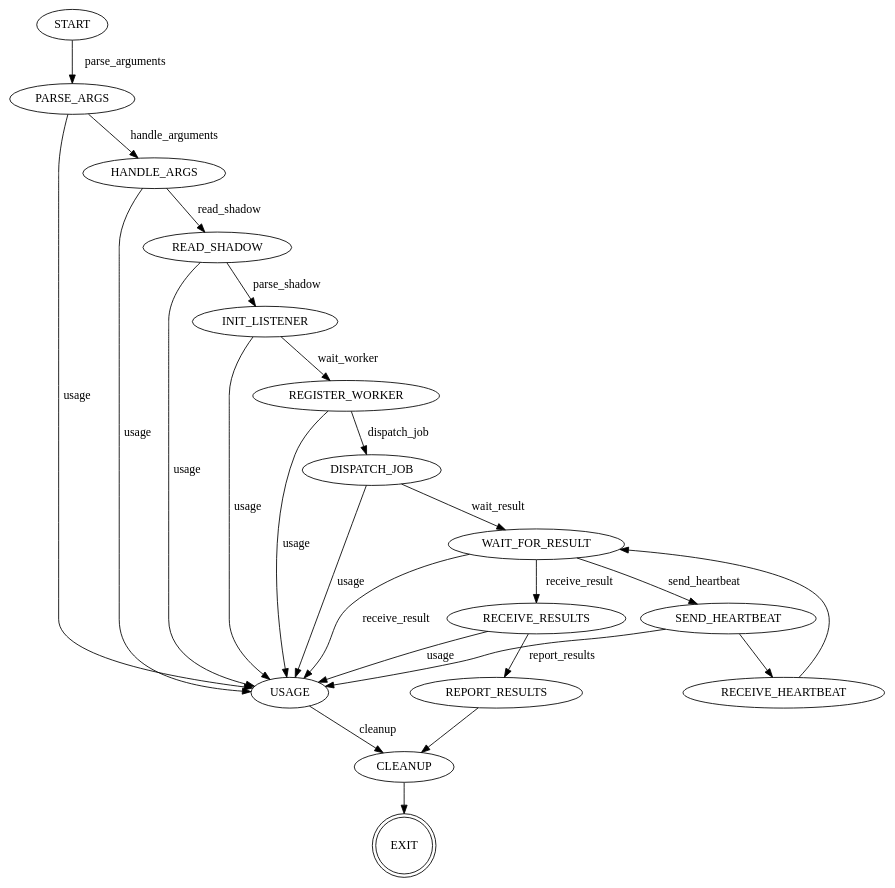
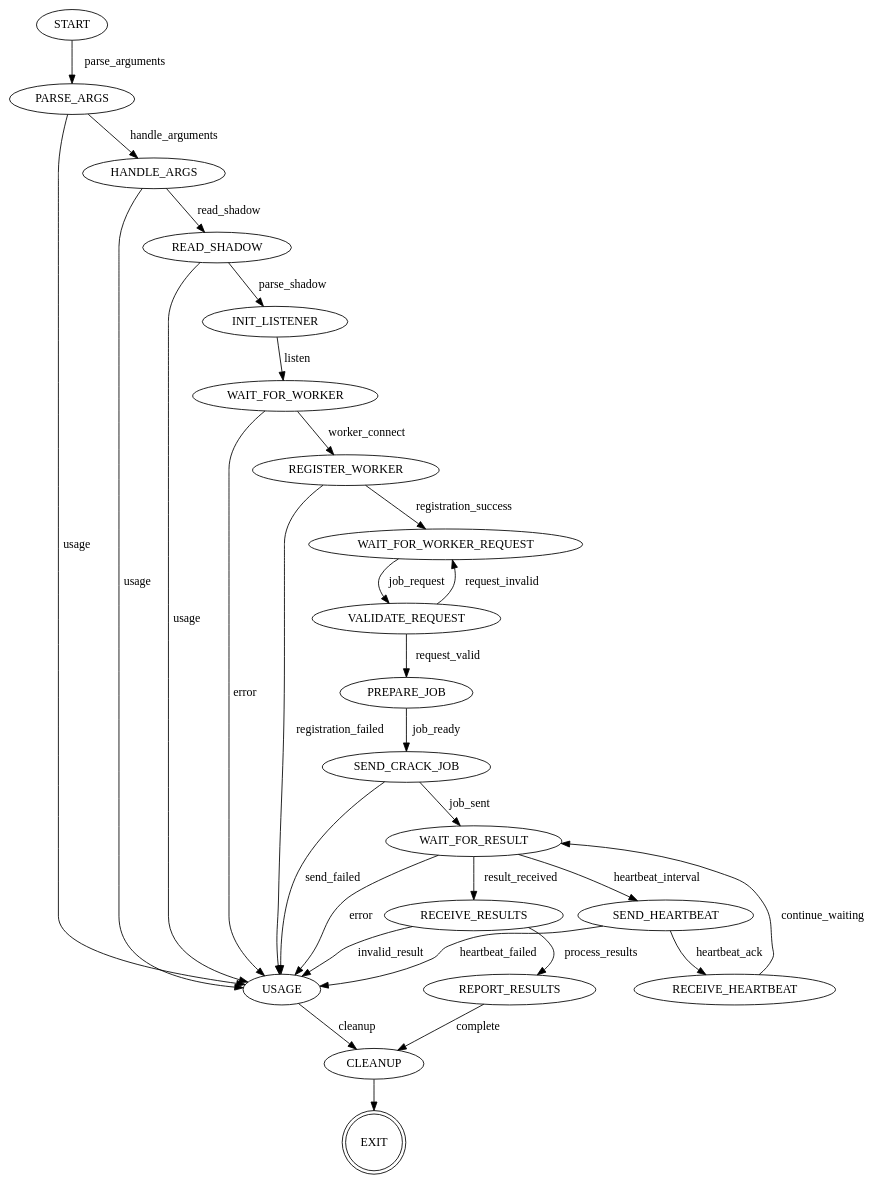
The diagram in source/controller.gv (Wontoni/COMP8005-Password-Cracking), drawn with Graphviz before and after one commit. The commit also changed 8 other files, not shown here.

```diff
--- a/source/controller.gv
+++ b/source/controller.gv
@@ -1,58 +1,76 @@
 digraph ControllerFSM {
-    rankdir=UD;
-    node [shape=ellipse];
-
+    rankdir = UD;
+    node [shape = ellipse;];
+    
     START;
     PARSE_ARGS;
     HANDLE_ARGS;
     USAGE;
     READ_SHADOW;
     INIT_LISTENER;
+    
+    WAIT_FOR_WORKER;
     REGISTER_WORKER;
-    DISPATCH_JOB;
+    WAIT_FOR_WORKER_REQUEST;
+    VALIDATE_REQUEST;
+    
+    PREPARE_JOB;
+    SEND_CRACK_JOB;
+    
     WAIT_FOR_RESULT;
     RECEIVE_RESULTS;
     REPORT_RESULTS;
-    CLEANUP;
+    
     SEND_HEARTBEAT;
     RECEIVE_HEARTBEAT;
-    EXIT [shape=doublecircle];
-
-    START -> PARSE_ARGS [label="parse_arguments"];
-
-    PARSE_ARGS -> HANDLE_ARGS [label="handle_arguments"];
-    PARSE_ARGS -> USAGE [label="usage"];
-
-    HANDLE_ARGS -> READ_SHADOW [label="read_shadow"];
-    HANDLE_ARGS -> USAGE [label="usage"];
-
-    READ_SHADOW -> INIT_LISTENER [label="parse_shadow"];
-    READ_SHADOW -> USAGE [label="usage"];
-
-    INIT_LISTENER -> REGISTER_WORKER [label="wait_worker"];
-    INIT_LISTENER -> USAGE [label="usage"];
-
-    REGISTER_WORKER -> DISPATCH_JOB [label="dispatch_job"];
-    REGISTER_WORKER -> USAGE [label="usage"];
-
-    DISPATCH_JOB -> WAIT_FOR_RESULT [label="wait_result"];
-    DISPATCH_JOB -> USAGE [label="usage"];
-
-    WAIT_FOR_RESULT -> RECEIVE_RESULTS [label="receive_result"];
-    WAIT_FOR_RESULT -> USAGE [label="receive_result"];
-    WAIT_FOR_RESULT -> SEND_HEARTBEAT [label="send_heartbeat"]
-
-    SEND_HEARTBEAT -> RECEIVE_HEARTBEAT [lable="receive_heartbeat"]
-    SEND_HEARTBEAT -> USAGE [lable="usage"]
-
-    RECEIVE_HEARTBEAT -> WAIT_FOR_RESULT [lable="wait_result"]
-
-    RECEIVE_RESULTS -> REPORT_RESULTS [label="report_results"];
-    RECEIVE_RESULTS -> USAGE [label="usage"];
-
-    REPORT_RESULTS -> CLEANUP [lable="cleanup"]
-
-    USAGE -> CLEANUP [label="cleanup"];
-
+    
+    CLEANUP;
+    EXIT [shape = doublecircle;];
+    
+    START -> PARSE_ARGS [label = "parse_arguments";];
+    
+    PARSE_ARGS -> HANDLE_ARGS [label = "handle_arguments";];
+    PARSE_ARGS -> USAGE [label = "usage";];
+    
+    HANDLE_ARGS -> READ_SHADOW [label = "read_shadow";];
+    HANDLE_ARGS -> USAGE [label = "usage";];
+    
+    READ_SHADOW -> INIT_LISTENER [label = "parse_shadow";];
+    READ_SHADOW -> USAGE [label = "usage";];
+    
+    INIT_LISTENER -> WAIT_FOR_WORKER [label = "listen";];
+    
+    WAIT_FOR_WORKER -> REGISTER_WORKER [label = "worker_connect";];
+    WAIT_FOR_WORKER -> USAGE [label = "error";];
+    
+    REGISTER_WORKER -> WAIT_FOR_WORKER_REQUEST [label = "registration_success";];
+    REGISTER_WORKER -> USAGE [label = "registration_failed";];
+    
+    WAIT_FOR_WORKER_REQUEST -> VALIDATE_REQUEST [label = "job_request";];
+    
+    VALIDATE_REQUEST -> PREPARE_JOB [label = "request_valid";];
+    VALIDATE_REQUEST -> WAIT_FOR_WORKER_REQUEST [label = "request_invalid";];
+    
+    PREPARE_JOB -> SEND_CRACK_JOB [label = "job_ready";];
+    
+    SEND_CRACK_JOB -> WAIT_FOR_RESULT [label = "job_sent";];
+    SEND_CRACK_JOB -> USAGE [label = "send_failed";];
+    
+    WAIT_FOR_RESULT -> RECEIVE_RESULTS [label = "result_received";];
+    WAIT_FOR_RESULT -> SEND_HEARTBEAT [label = "heartbeat_interval";];
+    WAIT_FOR_RESULT -> USAGE [label = "error";];
+    
+    SEND_HEARTBEAT -> RECEIVE_HEARTBEAT [label = "heartbeat_ack";];
+    SEND_HEARTBEAT -> USAGE [label = "heartbeat_failed";];
+    
+    RECEIVE_HEARTBEAT -> WAIT_FOR_RESULT [label = "continue_waiting";];
+    
+    RECEIVE_RESULTS -> REPORT_RESULTS [label = "process_results";];
+    RECEIVE_RESULTS -> USAGE [label = "invalid_result";];
+    
+    REPORT_RESULTS -> CLEANUP [label = "complete";];
+    
+    USAGE -> CLEANUP [label = "cleanup";];
+    
     CLEANUP -> EXIT;
 }
```
